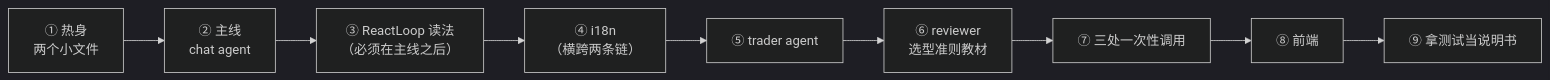
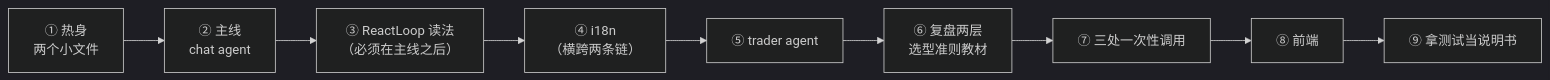
The diagram in docs/agent-harness/tutorial.md (mamawai/wtfibought), drawn with Mermaid (dark theme) before and after one commit. The commit also changed other lines of this file and 78 other files, not shown here.

````diff
--- a/docs/agent-harness/tutorial.md
+++ b/docs/agent-harness/tutorial.md
@@ -33,11 +34,11 @@
 ```mermaid
 flowchart LR
     W["① 热身<br/>两个小文件"] --> C["② 主线<br/>chat agent"]
     C --> T["③ ReactLoop 读法<br/>（必须在主线之后）"]
     T --> I["④ i18n<br/>（横跨两条链）"]
     I --> TR["⑤ trader agent"]
-    TR --> L["⑥ reviewer<br/>选型准则教材"]
+    TR --> L["⑥ 复盘两层<br/>选型准则教材"]
     L --> ONE["⑦ 三处一次性调用"]
     ONE --> FE["⑧ 前端"]
     FE --> TEST["⑨ 拿测试当说明书"]
 ```
````
